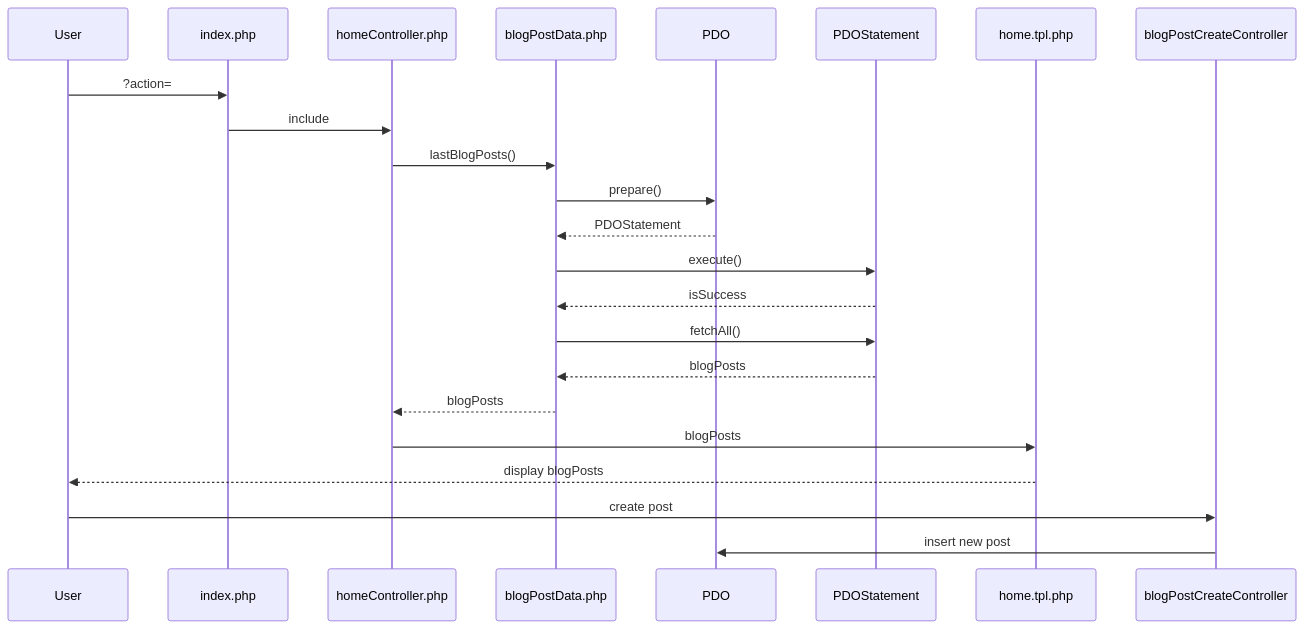
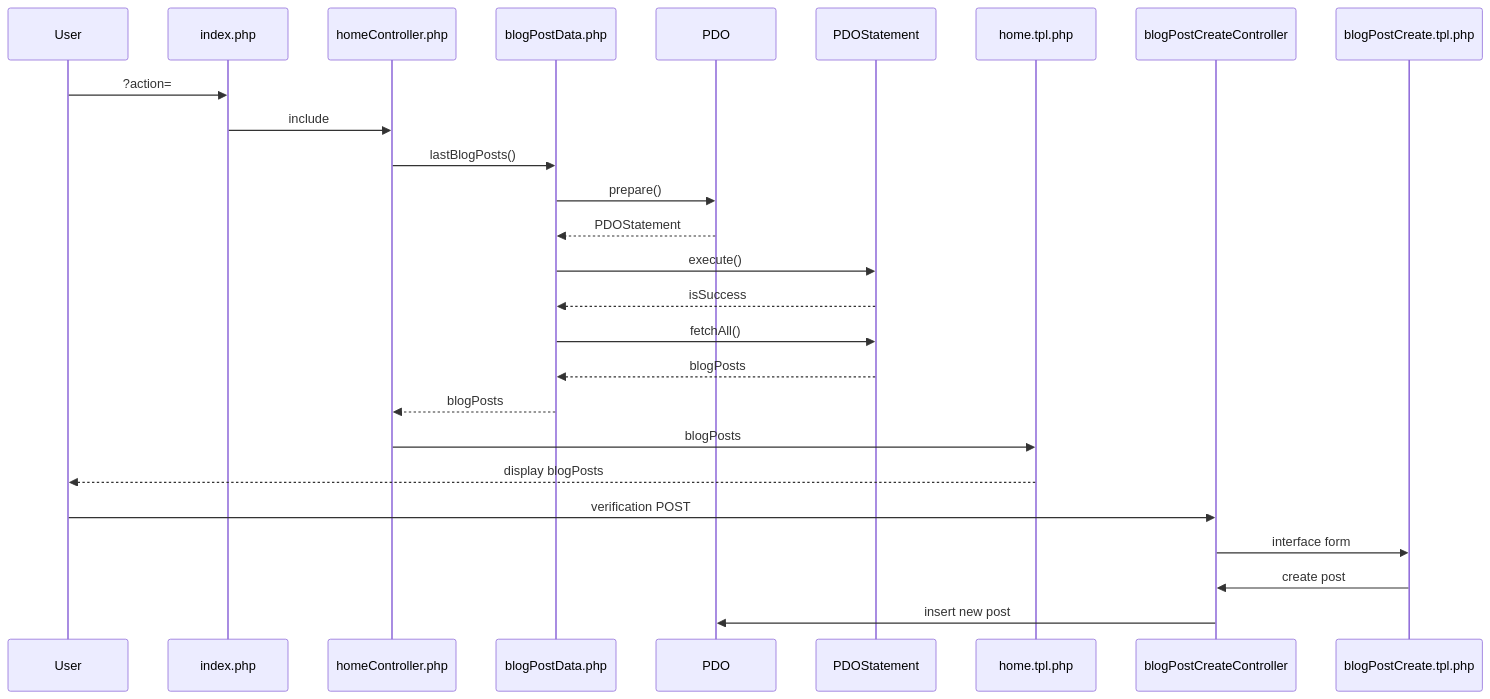
The second of 5 diagrams in doc/diagramme.md (MateoNicoud/blog), drawn with Mermaid before and after one commit. The commit also changed other lines of this file and 4 other files, not shown here.

````diff
--- a/doc/diagramme.md
+++ b/doc/diagramme.md
@@ -11,17 +11,19 @@
 ```mermaid
 sequenceDiagram
 User->>index.php: ?action=
 index.php->>homeController.php: include
 homeController.php->>blogPostData.php: lastBlogPosts()
 blogPostData.php->>PDO: prepare()
 PDO-->>blogPostData.php: PDOStatement
 blogPostData.php->>PDOStatement: execute()
 PDOStatement-->>blogPostData.php: isSuccess
 blogPostData.php->>PDOStatement: fetchAll()
 PDOStatement-->>blogPostData.php: blogPosts
 blogPostData.php-->>homeController.php: blogPosts
 homeController.php->>home.tpl.php: blogPosts
 home.tpl.php-->>User: display blogPosts
-User->>blogPostCreateController: create post
+User->>blogPostCreateController: verification POST
+blogPostCreateController->>blogPostCreate.tpl.php:interface form
+blogPostCreate.tpl.php->>blogPostCreateController: create post
 blogPostCreateController->>PDO:insert new post
 ```
````
